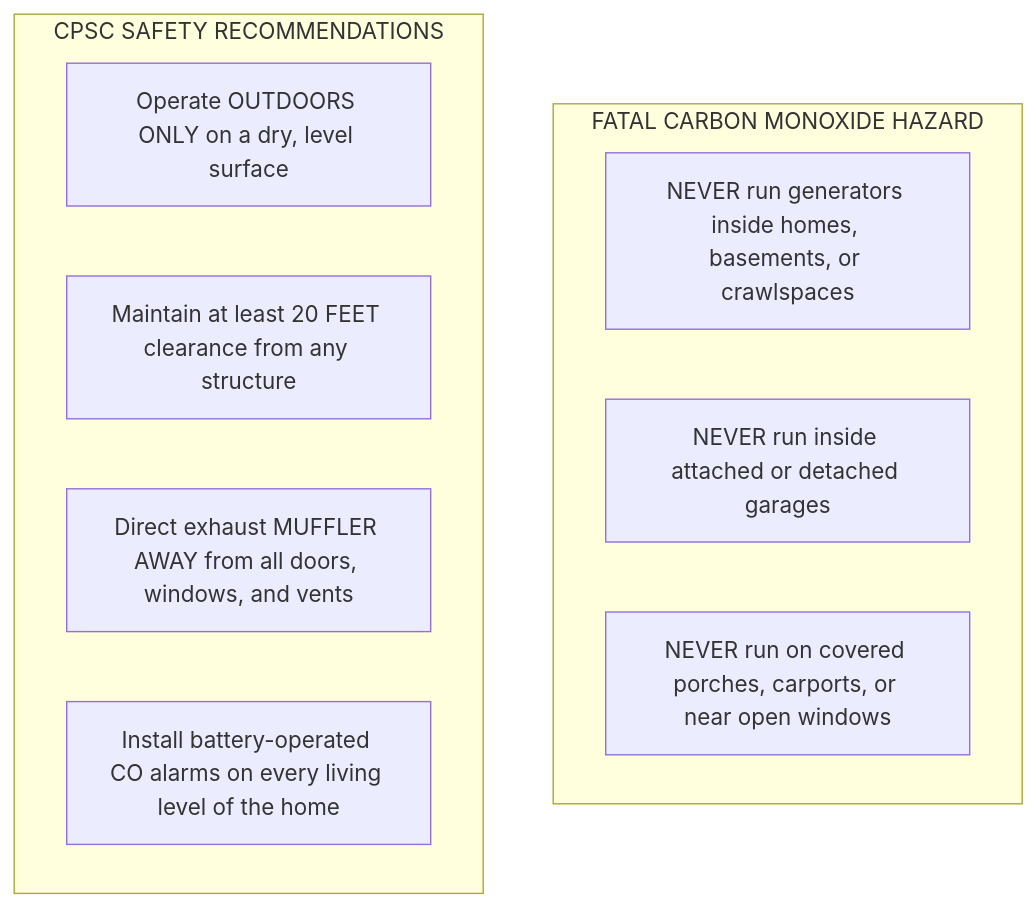
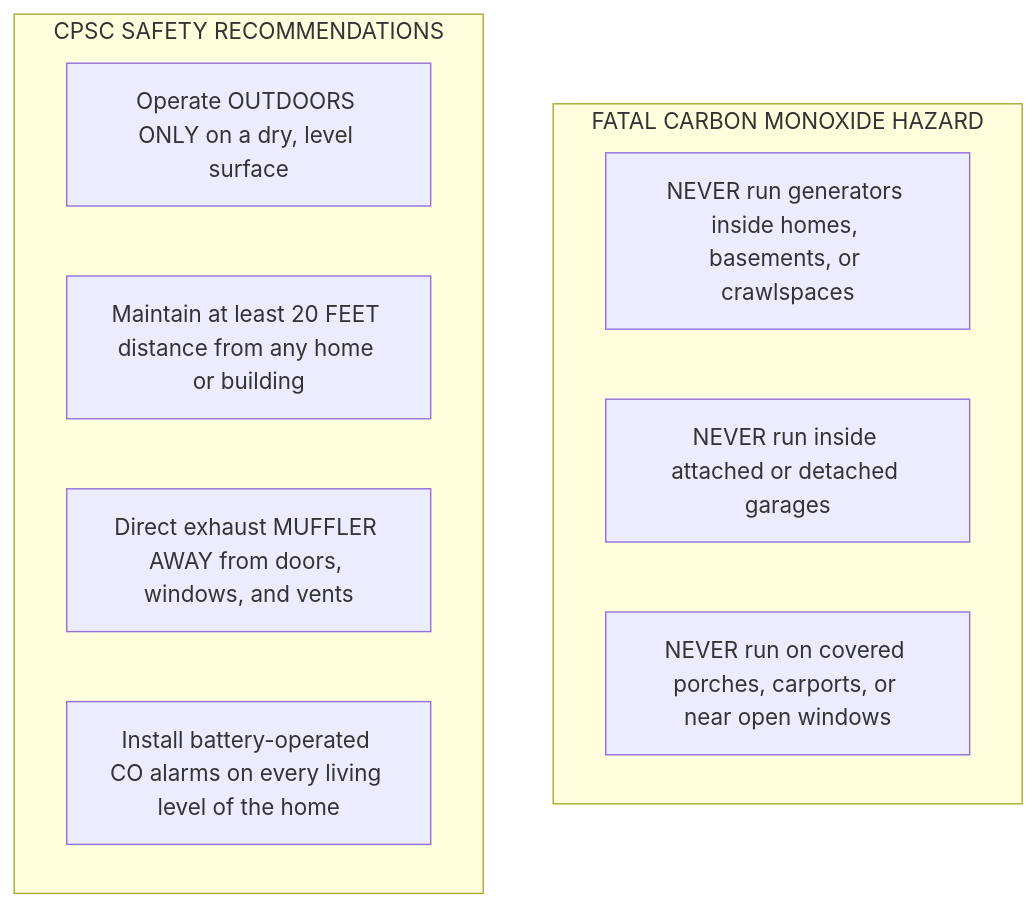
The eighth of 8 diagrams in content-drafts/how-does-a-generator-work.md (calcmypowerharis-app/kr), drawn with Mermaid before and after one commit. The commit also changed other lines of this file, not shown here.

````diff
--- a/content-drafts/how-does-a-generator-work.md
+++ b/content-drafts/how-does-a-generator-work.md
@@ -336,15 +340,15 @@
 ```mermaid
 flowchart TD
     subgraph DANGER["FATAL CARBON MONOXIDE HAZARD"]
         D1["NEVER run generators inside homes, basements, or crawlspaces"]
         D2["NEVER run inside attached or detached garages"]
         D3["NEVER run on covered porches, carports, or near open windows"]
     end
 
     subgraph SAFE["CPSC SAFETY RECOMMENDATIONS"]
         S1["Operate OUTDOORS ONLY on a dry, level surface"]
-        S2["Maintain at least 20 FEET clearance from any structure"]
-        S3["Direct exhaust MUFFLER AWAY from all doors, windows, and vents"]
+        S2["Maintain at least 20 FEET distance from any home or building"]
+        S3["Direct exhaust MUFFLER AWAY from doors, windows, and vents"]
         S4["Install battery-operated CO alarms on every living level of the home"]
     end
 ```
````
